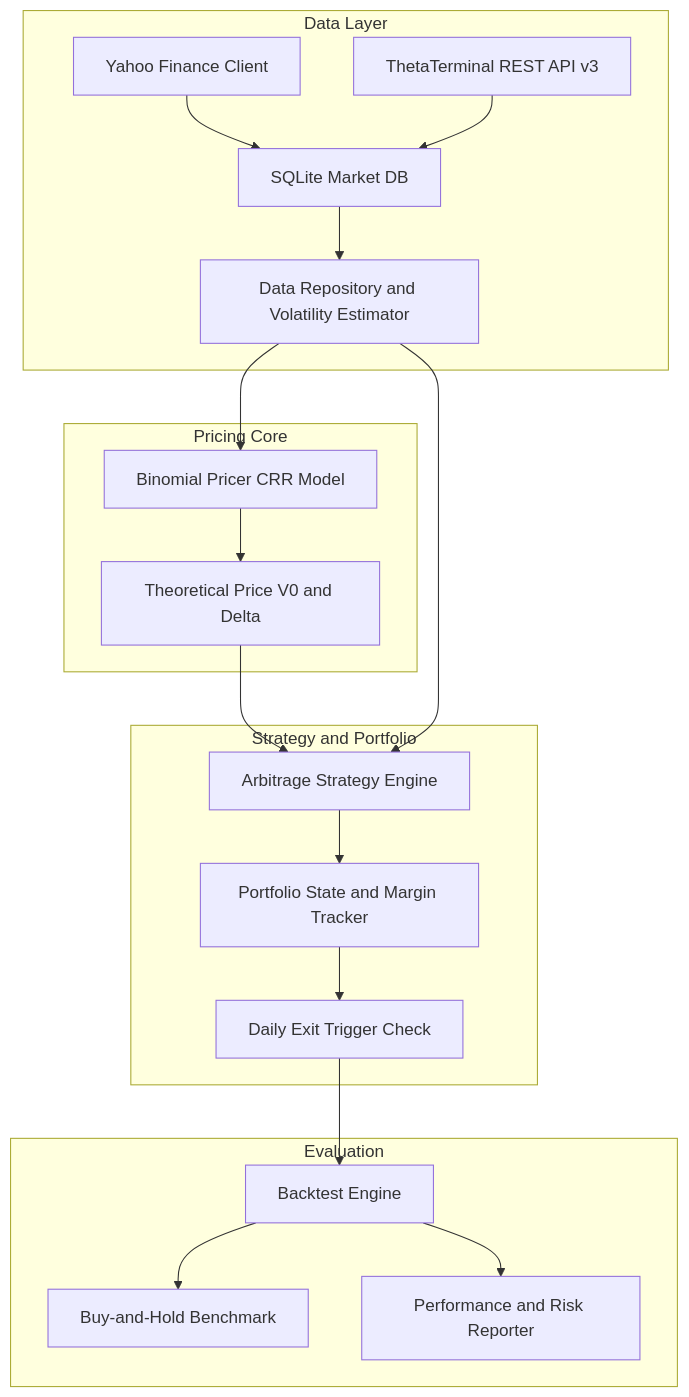
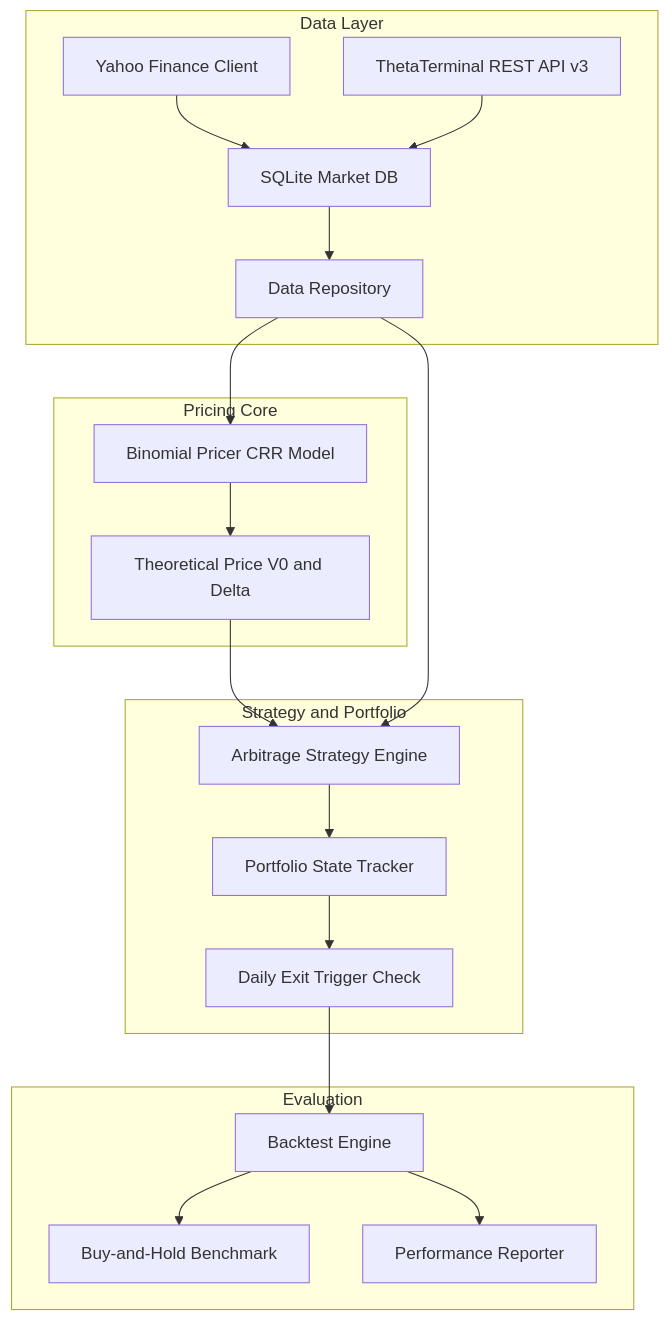
Before and after one commit to KoderKavin/binomial-option-pricing: the diagram in README.md, drawn with Mermaid.

````diff
--- a/README.md
+++ b/README.md
@@ -54,26 +54,26 @@
 ```mermaid
 flowchart TD
     subgraph Data Layer
         YF[Yahoo Finance Client] --> DB[SQLite Market DB]
         TT[ThetaTerminal REST API v3] --> DB
-        DB --> Repo[Data Repository and Volatility Estimator]
+        DB --> Repo[Data Repository]
     end
 
     subgraph Pricing Core
         Repo --> CRR[Binomial Pricer CRR Model]
         CRR --> Theo[Theoretical Price V0 and Delta]
     end
 
     subgraph Strategy and Portfolio
         Theo --> Arb[Arbitrage Strategy Engine]
         Repo --> Arb
-        Arb --> Port[Portfolio State and Margin Tracker]
+        Arb --> Port[Portfolio State Tracker]
         Port --> Monitor[Daily Exit Trigger Check]
     end
 
     subgraph Evaluation
         Monitor --> Engine[Backtest Engine]
         Engine --> Bench[Buy-and-Hold Benchmark]
-        Engine --> Metrics[Performance and Risk Reporter]
+        Engine --> Metrics[Performance Reporter]
     end
 ```
````
